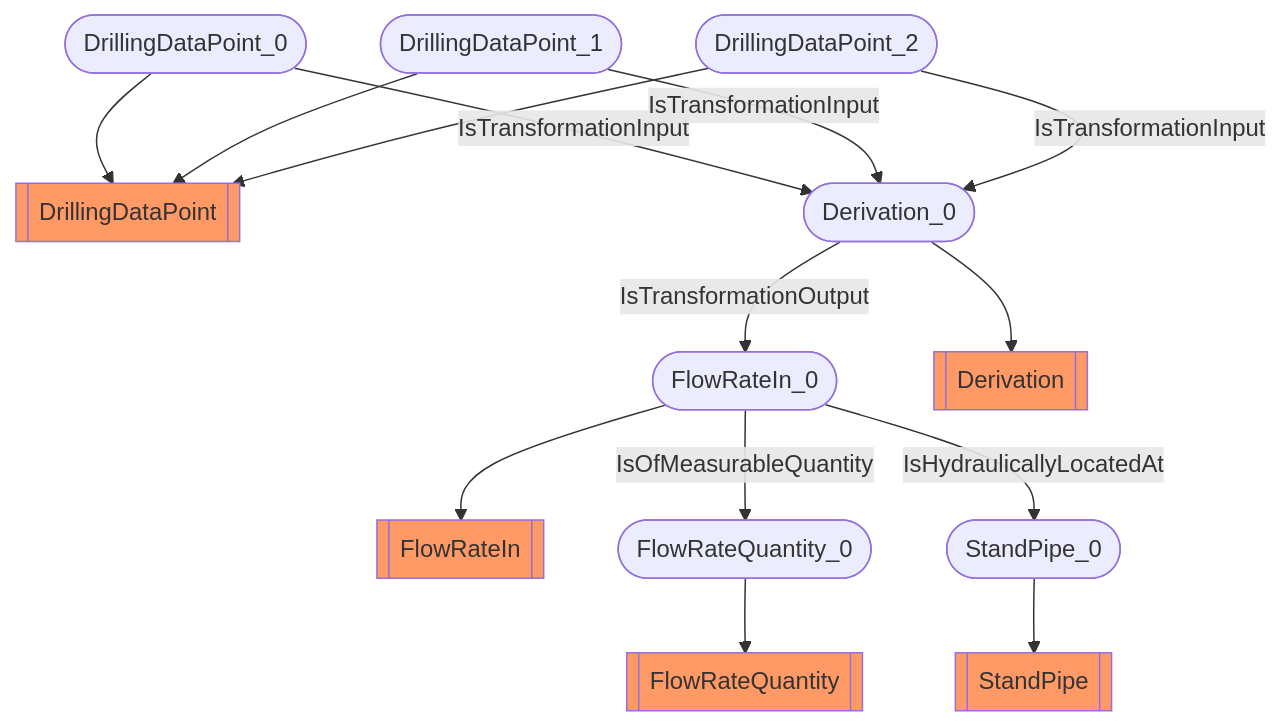
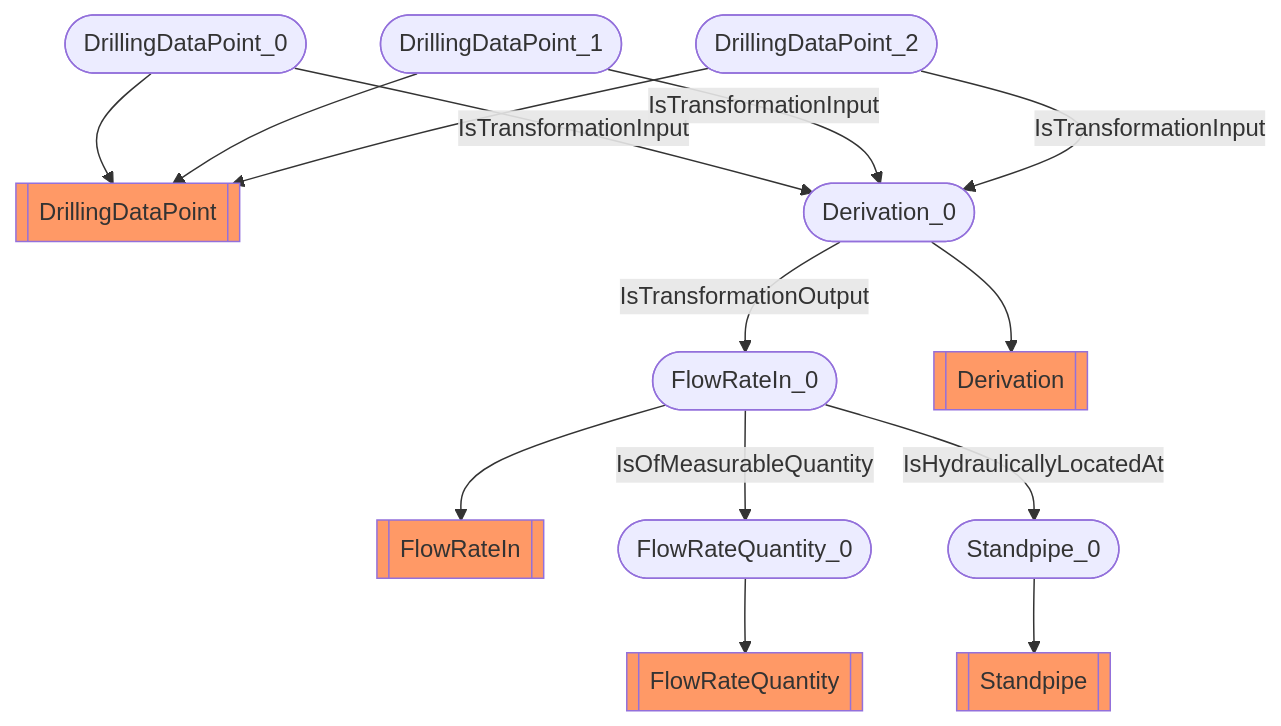
One commit to D-WIS/DDHub-Semantic-Interoperability changed the diagram in docs/vocabulary_development/auto-generated/md/examples/Flow-rate In.md. Above: the diagram before and after it, drawn with Mermaid. The commit also changed other lines of this file and 27 other files, not shown here.

````diff
--- a/docs/vocabulary_development/auto-generated/md/examples/Flow-rate In.md
+++ b/docs/vocabulary_development/auto-generated/md/examples/Flow-rate In.md
@@ -15,18 +15,18 @@
 ```mermaid
 flowchart TD
 	 classDef typeClass fill:#f96;
 	 classDef classClass fill:#9dd0ff;
 	FlowRateIn_0([FlowRateIn_0]) --> FlowRateIn[[FlowRateIn]]:::typeClass
 	FlowRateQuantity_0([FlowRateQuantity_0]) --> FlowRateQuantity[[FlowRateQuantity]]:::typeClass
 	DrillingDataPoint_0([DrillingDataPoint_0]) --> DrillingDataPoint[[DrillingDataPoint]]:::typeClass
 	Derivation_0([Derivation_0]) --> Derivation[[Derivation]]:::typeClass
 	DrillingDataPoint_1([DrillingDataPoint_1]) --> DrillingDataPoint[[DrillingDataPoint]]:::typeClass
 	DrillingDataPoint_2([DrillingDataPoint_2]) --> DrillingDataPoint[[DrillingDataPoint]]:::typeClass
-	StandPipe_0([StandPipe_0]) --> StandPipe[[StandPipe]]:::typeClass
+	Standpipe_0([Standpipe_0]) --> Standpipe[[Standpipe]]:::typeClass
 	 FlowRateIn_0 -- IsOfMeasurableQuantity --> FlowRateQuantity_0 
 	 DrillingDataPoint_0 -- IsTransformationInput --> Derivation_0 
 	 DrillingDataPoint_1 -- IsTransformationInput --> Derivation_0 
 	 DrillingDataPoint_2 -- IsTransformationInput --> Derivation_0 
 	 Derivation_0 -- IsTransformationOutput --> FlowRateIn_0 
-	 FlowRateIn_0 -- IsHydraulicallyLocatedAt --> StandPipe_0 
+	 FlowRateIn_0 -- IsHydraulicallyLocatedAt --> Standpipe_0 
 ```
````
